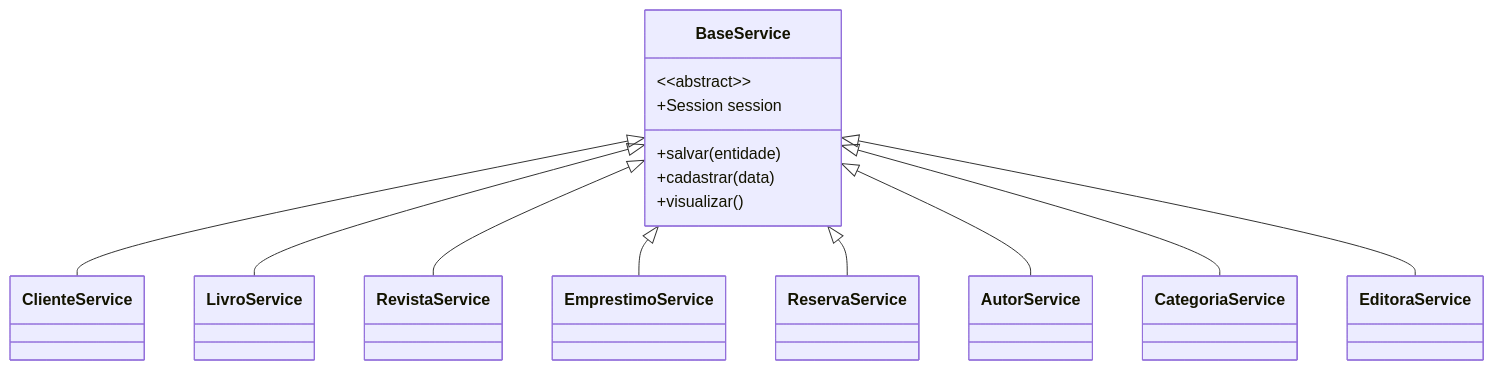
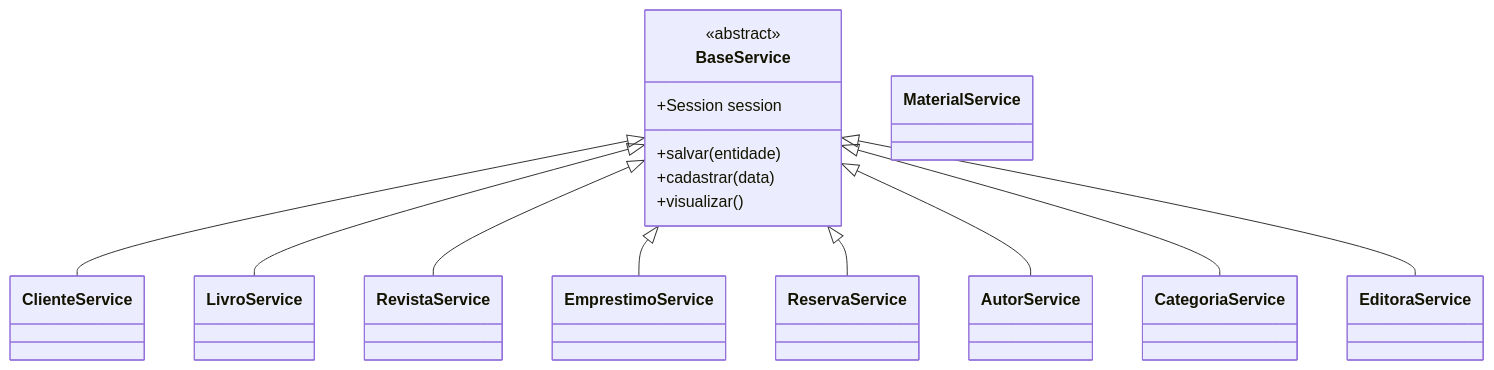
Before and after one commit to vitordanielsilvaleao-png/orientada_objetos: the second of 2 diagrams in docs/classes/diagrama/modelagem_classes.md, drawn with Mermaid. The commit also changed other lines of this file, not shown here.

First line of the commit message:
docs: corrige diagrama de classes conforme revisão

````diff
--- a/docs/classes/diagrama/modelagem_classes.md
+++ b/docs/classes/diagrama/modelagem_classes.md
@@ -110,30 +132,31 @@
 ```mermaid
 classDiagram
     direction TB
 
     class BaseService {
-        &lt;&lt;abstract&gt;&gt;
+        <<abstract>>
         +Session session
         +salvar(entidade)
         +cadastrar(data)
         +visualizar()
     }
 
     class ClienteService
     class LivroService
     class RevistaService
     class EmprestimoService
     class ReservaService
     class AutorService
     class CategoriaService
     class EditoraService
+    class MaterialService
 
     BaseService <|-- ClienteService
     BaseService <|-- LivroService
     BaseService <|-- RevistaService
     BaseService <|-- EmprestimoService
     BaseService <|-- ReservaService
     BaseService <|-- AutorService
     BaseService <|-- CategoriaService
     BaseService <|-- EditoraService
 ```
````
